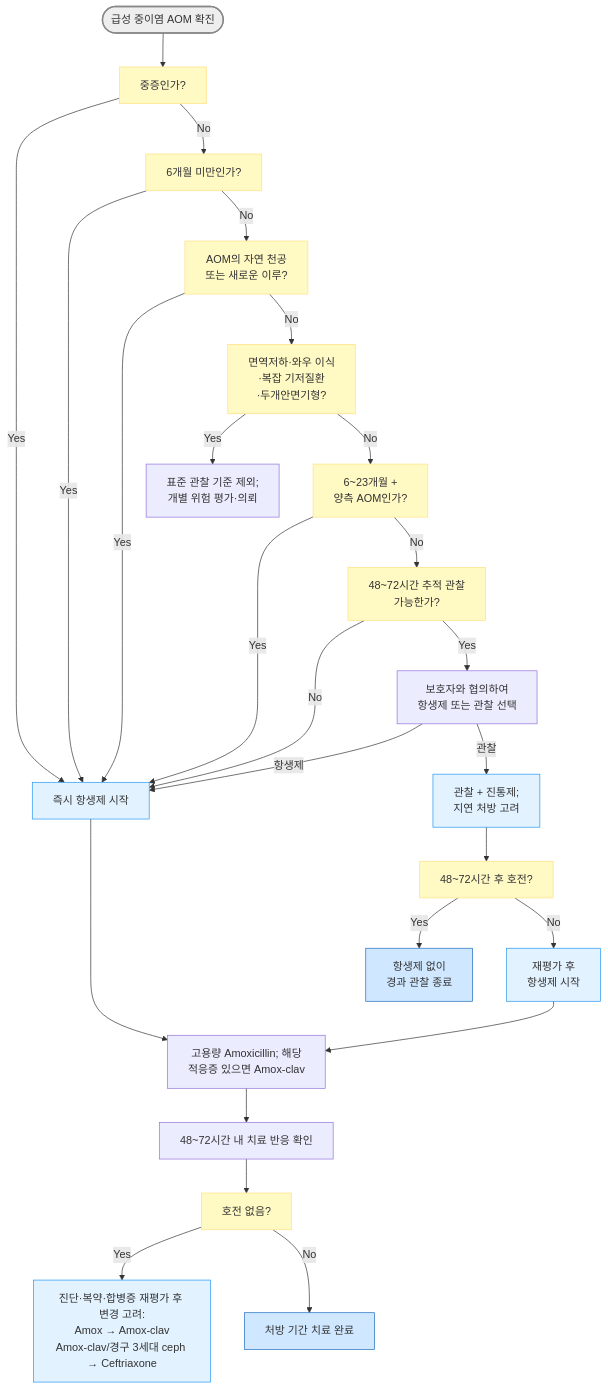
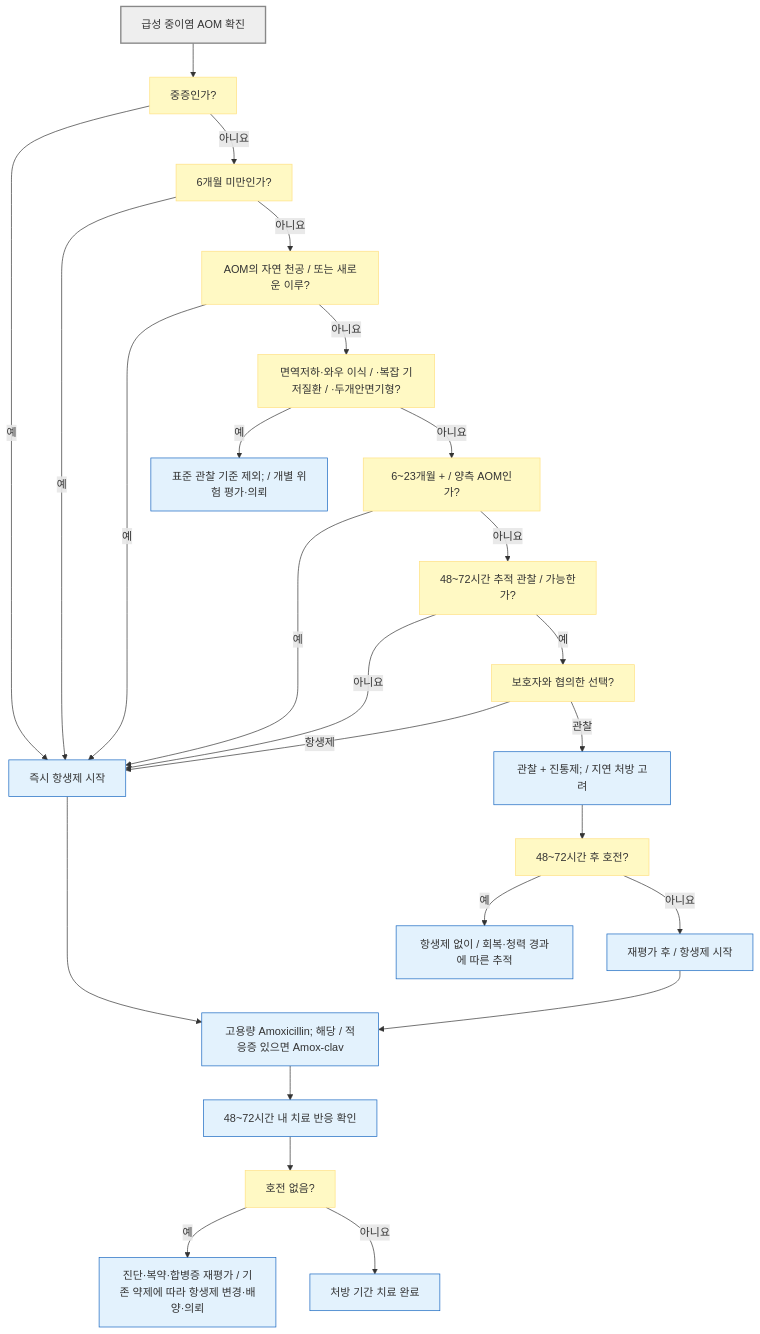
The third of 3 diagrams in 222_/049_1-aom.md (familyoh77/familyoh77), drawn with Mermaid before and after one commit. The commit also changed other lines of this file and 13 other files, not shown here.

````diff
--- a/222_/049_1-aom.md
+++ b/222_/049_1-aom.md
@@ -342,34 +367,34 @@
 ```mermaid
-graph TD
-A(["급성 중이염 AOM 확진"]) --> B["중증인가?"]
-B -->|Yes| ABX["즉시 항생제 시작"]
-B -->|No| C["6개월 미만인가?"]
-C -->|Yes| ABX
-C -->|No| D["AOM의 자연 천공 <br/>또는 새로운 이루?"]
-D -->|Yes| ABX
-D -->|No| E["면역저하·와우 이식<br/>·복잡 기저질환<br/>·두개안면기형?"]
-E -->|Yes| SPECIAL["표준 관찰 기준 제외; <br/>개별 위험 평가·의뢰"]
-E -->|No| F["6~23개월 + <br/>양측 AOM인가?"]
-F -->|Yes| ABX
-F -->|No| G["48~72시간 추적 관찰 <br/>가능한가?"]
-G -->|No| ABX
-G -->|Yes| SHARED["보호자와 협의하여 <br/>항생제 또는 관찰 선택"]
-SHARED -->|항생제| ABX
-SHARED -->|관찰| OBS["관찰 + 진통제; <br/>지연 처방 고려"]
+flowchart TD
+A["급성 중이염 AOM 확진"] --> B["중증인가?"]
+B -- "예" --> ABX["즉시 항생제 시작"]
+B -- "아니요" --> C["6개월 미만인가?"]
+C -- "예" --> ABX
+C -- "아니요" --> D["AOM의 자연 천공 / 또는 새로운 이루?"]
+D -- "예" --> ABX
+D -- "아니요" --> E["면역저하·와우 이식 / ·복잡 기저질환 / ·두개안면기형?"]
+E -- "예" --> SPECIAL["표준 관찰 기준 제외; / 개별 위험 평가·의뢰"]
+E -- "아니요" --> F["6~23개월 + / 양측 AOM인가?"]
+F -- "예" --> ABX
+F -- "아니요" --> G["48~72시간 추적 관찰 / 가능한가?"]
+G -- "아니요" --> ABX
+G -- "예" --> SHARED["보호자와 협의한 선택?"]
+SHARED -- "항생제" --> ABX
+SHARED -- "관찰" --> OBS["관찰 + 진통제; / 지연 처방 고려"]
 OBS --> H["48~72시간 후 호전?"]
-H -->|Yes| HOME["항생제 없이 <br/>경과 관찰 종료"]
-H -->|No| ABX2["재평가 후 <br/>항생제 시작"]
-ABX --> I["고용량 Amoxicillin; 해당 <br/>적응증 있으면 Amox-clav"]
+H -- "예" --> HOME["항생제 없이 / 회복·청력 경과에 따른 추적"]
+H -- "아니요" --> ABX2["재평가 후 / 항생제 시작"]
+ABX --> I["고용량 Amoxicillin; 해당 / 적응증 있으면 Amox-clav"]
 ABX2 --> I
 I --> J["48~72시간 내 치료 반응 확인"]
 J --> K["호전 없음?"]
-K -->|Yes| ESC["진단·복약·합병증 재평가 후 변경 고려:<br/>Amox → Amox-clav<br/>Amox-clav/경구 3세대 ceph → Ceftriaxone"]
-K -->|No| END["처방 기간 치료 완료"]
-    style A fill:#eeeeee,stroke:#888888,stroke-width:2px
-classDef blue fill:#d0e8ff,stroke:#1a6abf
-class HOME,END blue
-classDef yellow fill:#fff9c4,stroke:#ffe082
-class B,C,D,E,F,G,H,K yellow
-classDef sky fill:#e3f2ff,stroke:#2196f3
-class ABX,ABX2,ESC,OBS sky
+K -- "예" --> ESC["진단·복약·합병증 재평가 / 기존 약제에 따라 항생제 변경·배양·의뢰"]
+K -- "아니요" --> END["처방 기간 치료 완료"]
+    classDef start fill:#eee,stroke:#888,stroke-width:2px
+    classDef decision fill:#fff9c4,stroke:#ffe082
+    classDef urgent fill:#ffebee,stroke:#c62828,stroke-width:2px
+    classDef action fill:#e3f2fd,stroke:#1565c0
+    class A start
+    class B,C,D,E,F,G,H,K,SHARED decision
+    class ABX,SPECIAL,OBS,HOME,ABX2,I,J,ESC,END action
 ```
````
